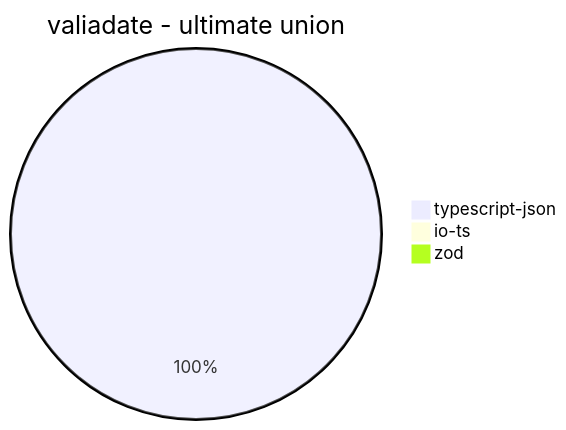
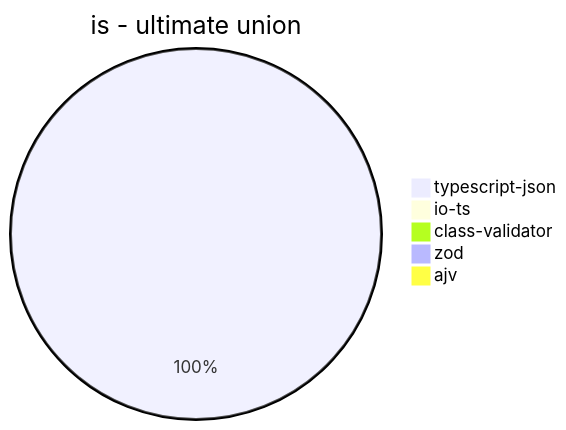
Before and after one commit to samchon/typia: the eighth of 40 diagrams in benchmark/results/AMD Ryzen 9 5900HX with Radeon Graphics.md, drawn with Mermaid. The commit also changed other lines of this file and 2 other files, not shown here.

````diff
--- a/benchmark/results/AMD Ryzen 9 5900HX with Radeon Graphics.md
+++ b/benchmark/results/AMD Ryzen 9 5900HX with Radeon Graphics.md
@@ -77,6 +91,8 @@
 ```mermaid
-pie title valiadate - ultimate union
-  "typescript-json": 163.27960756832516
+pie title is - ultimate union
+  "typescript-json": 654.9909255898367
   "io-ts": 0
+  "class-validator": 0
   "zod": 0
+  "ajv": 0
 ```
````
